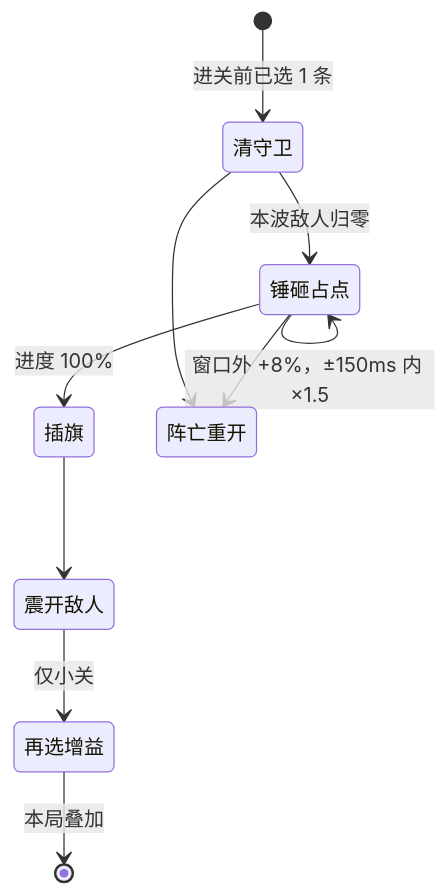
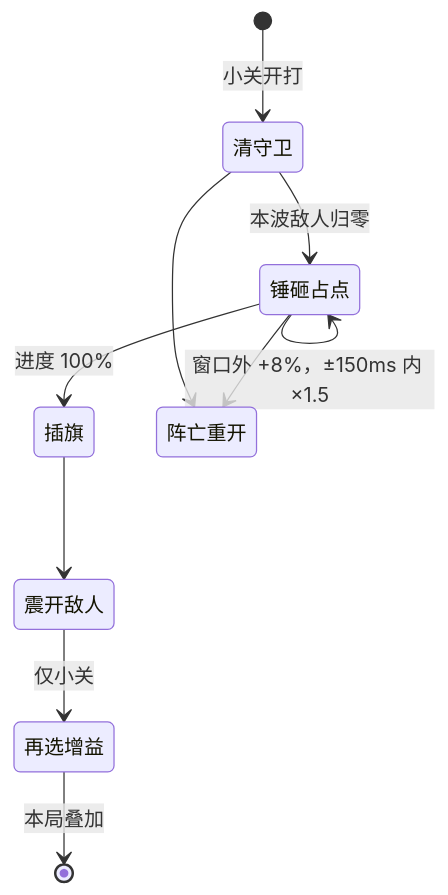
One commit to kyrie21z/Battlefield-Rouge changed the first of 2 diagrams in docs/Core_Loop.md. Above: the diagram before and after it, drawn with Mermaid. The commit also changed other lines of this file and 18 other files, not shown here.

````diff
--- a/docs/Core_Loop.md
+++ b/docs/Core_Loop.md
@@ -56,12 +56,12 @@
 ```mermaid
 stateDiagram-v2
-    [*] --> 清守卫: 进关前已选 1 条
+    [*] --> 清守卫: 小关开打
     清守卫 --> 锤砸占点: 本波敌人归零
     锤砸占点 --> 锤砸占点: 窗口外 +8%，±150ms 内 ×1.5
     锤砸占点 --> 插旗: 进度 100%
     插旗 --> 震开敌人
     震开敌人 --> 再选增益: 仅小关
     再选增益 --> [*]: 本局叠加
     清守卫 --> 阵亡重开
     锤砸占点 --> 阵亡重开
 ```
````
